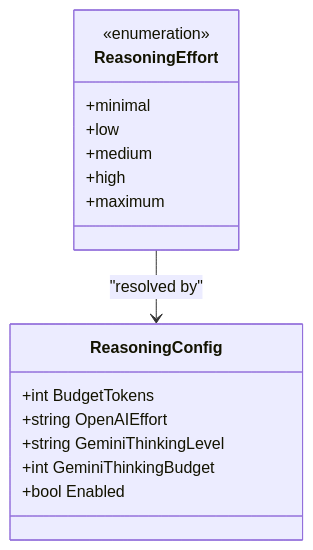
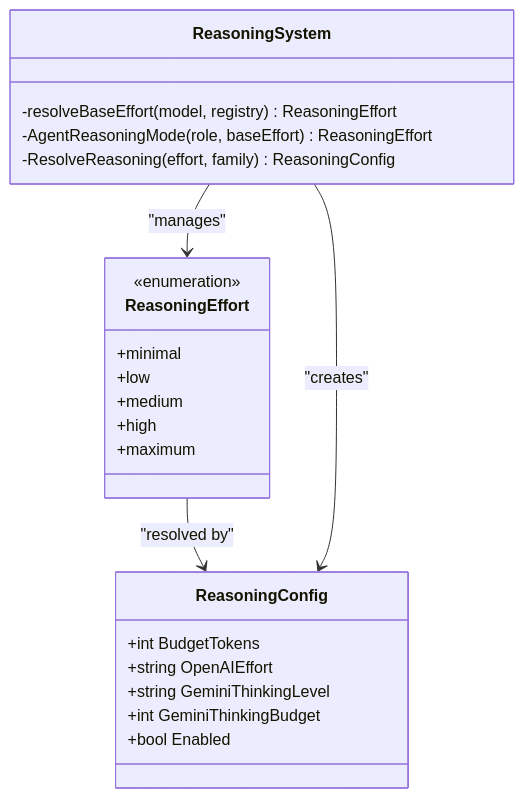
Before and after one commit to v0lka/c0wrk: the seventh of 12 diagrams in .qoder/repowiki/en/content/LLM Provider Integration/Utility Functions and Helpers.md, drawn with Mermaid. The commit also changed other lines of this file and 25 other files, not shown here.

````diff
--- a/.qoder/repowiki/en/content/LLM Provider Integration/Utility Functions and Helpers.md
+++ b/.qoder/repowiki/en/content/LLM Provider Integration/Utility Functions and Helpers.md
@@ -340,19 +371,26 @@
 ```mermaid
 classDiagram
 class ReasoningEffort {
 <<enumeration>>
 +minimal
 +low
 +medium
 +high
 +maximum
 }
 class ReasoningConfig {
 +int BudgetTokens
 +string OpenAIEffort
 +string GeminiThinkingLevel
 +int GeminiThinkingBudget
 +bool Enabled
 }
+class ReasoningSystem {
+-resolveBaseEffort(model, registry) ReasoningEffort
+-AgentReasoningMode(role, baseEffort) ReasoningEffort
+-ResolveReasoning(effort, family) ReasoningConfig
+}
 ReasoningEffort --> ReasoningConfig : "resolved by"
+ReasoningSystem --> ReasoningEffort : "manages"
+ReasoningSystem --> ReasoningConfig : "creates"
 ```
````
